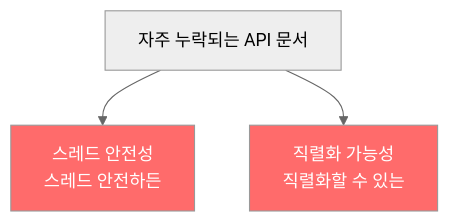
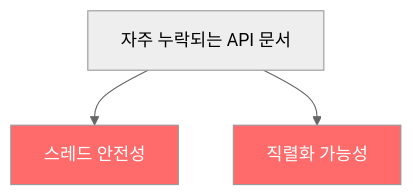
One commit to yjkim2015/yjkim2015.github.io changed the second of 2 diagrams in _posts/java/2022-02-08-effective-java56.md. Above: the diagram before and after it, drawn with Mermaid (neutral theme). The commit also changed other lines of this file and 217 other files, not shown here.

First line of the commit message:
Mermaid 크기 수정: useMaxWidth:true + SVG max-width:100% + 라벨 축소

````diff
--- a/_posts/java/2022-02-08-effective-java56.md
+++ b/_posts/java/2022-02-08-effective-java56.md
@@ -178,7 +178,7 @@
 ```mermaid
 graph TD
-    A["자주 누락되는 API 문서"] --> B["스레드 안전성\n스레드 안전하든"]
-    A --> C["직렬화 가능성\n직렬화할 수 있는"]
+    A["자주 누락되는 API 문서"] --> B["스레드 안전성"]
+    A --> C["직렬화 가능성"]
     style B fill:#ff6b6b,color:#fff
     style C fill:#ff6b6b,color:#fff
 ```
````
